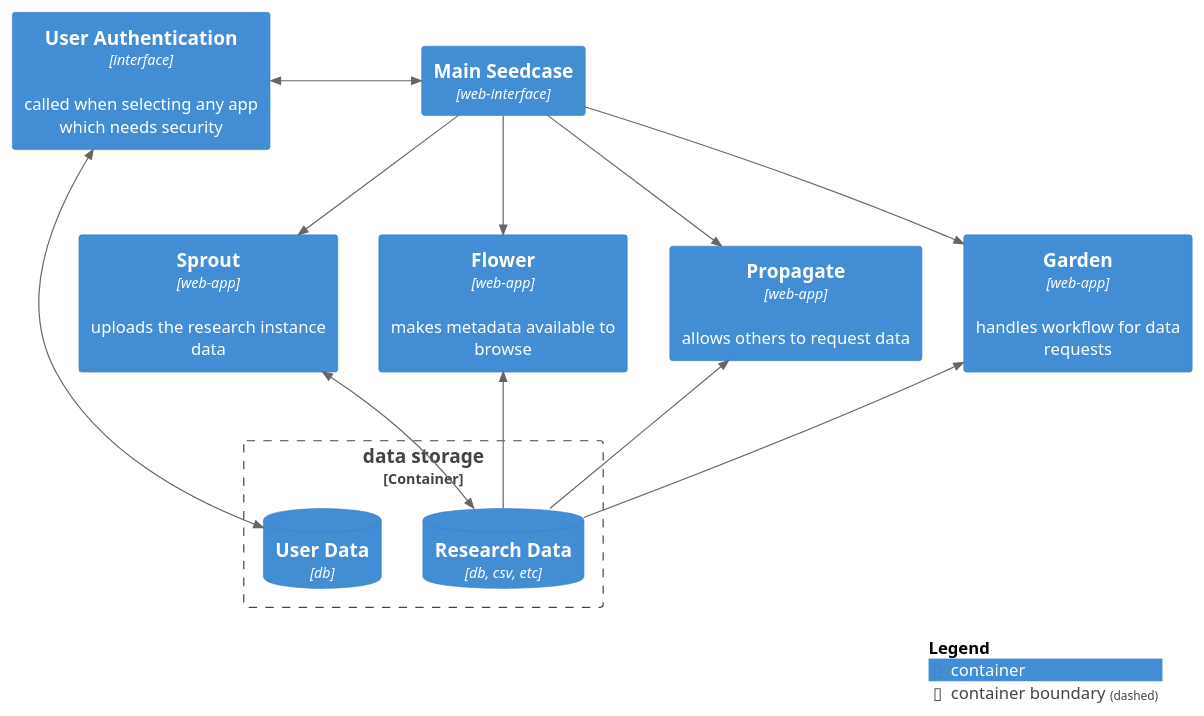
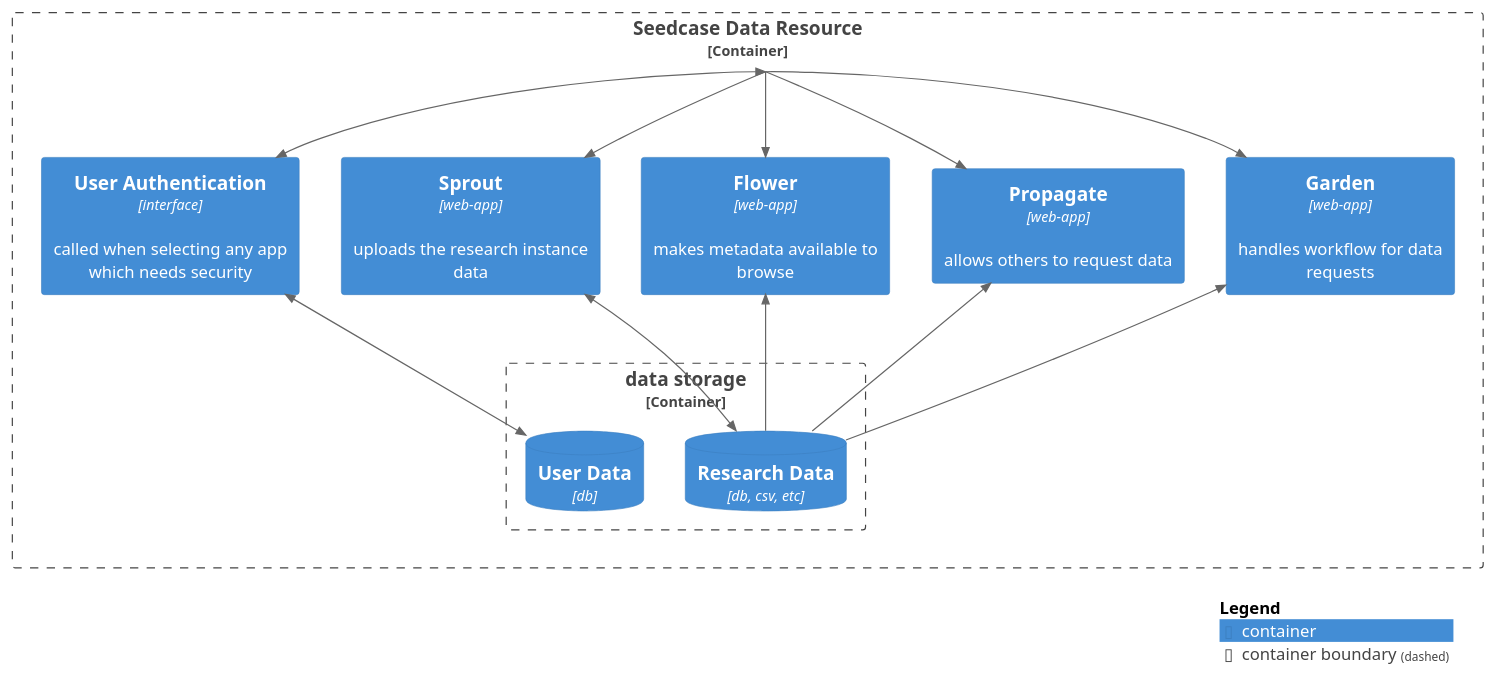
The diagram in images/c4_container.puml (seedcase-project/design), drawn with PlantUML before and after one commit. The commit also changed 1 other file, not shown here.

```diff
--- a/images/c4_container.puml
+++ b/images/c4_container.puml
@@ -1,33 +1,34 @@
-@startuml C4-Container
+@startuml c4-container
 !include https://raw.githubusercontent.com/plantuml-stdlib/C4-PlantUML/master/C4_Container.puml
 
-Container(seed, "Main Seedcase", "web-interface")
-Container(sec, "User Authentication", "interface", "called when selecting any app which needs security")
-Container(sprout, "Sprout", "web-app", "uploads the research instance data")
-Container(flower, "Flower", "web-app", "makes metadata available to browse")
-Container(prop, "Propagate", "web-app", "allows others to request data")
-Container(garden, "Garden", "web-app", "handles workflow for data requests")
-Container_Boundary(backend, "data storage"){
-  ContainerDb(data, "Research Data", "db, csv, etc")
-  ContainerDb(user, "User Data", "db")
+Container_Boundary(seed, "Seedcase Data Resource", "web-interface") {
+	Container(sec, "User Authentication", "interface", "called when selecting any app which needs security")
+	Container(sprout, "Sprout", "web-app", "uploads the research instance data")
+	Container(flower, "Flower", "web-app", "makes metadata available to browse")
+	Container(prop, "Propagate", "web-app", "allows others to request data")
+	Container(garden, "Garden", "web-app", "handles workflow for data requests")
+	Container_Boundary(backend, "data storage"){
+  	ContainerDb(data, "Research Data", "db, csv, etc")
+  	ContainerDb(user, "User Data", "db")
+	}
 }
 
 Lay_Left(data, user)
 Lay_Right(sprout, flower)
 Lay_Right(flower, prop)
 Lay_Right(prop, garden)
 
 BiRel_Left(seed, sec, "")
 Rel(seed, sprout, "")
 Rel(seed, garden, "")
 Rel(seed, prop, "")
 Rel(seed, flower, "")
 Rel_U(data, flower, "")
 Rel_U(data, garden, "")
 Rel_U(data, prop, "")
 BiRel(sprout, data, "")
 BiRel(sec, user, "")
 
 SHOW_LEGEND()
 
 @enduml
```
